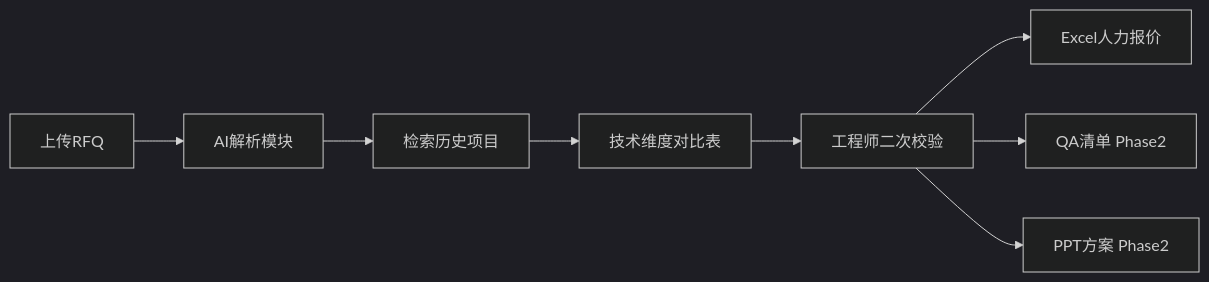
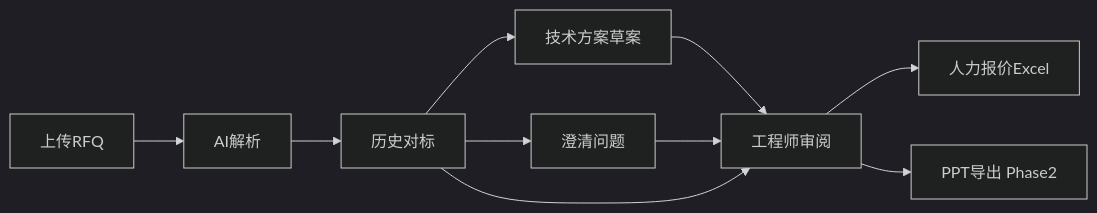
One commit to adle129/aria changed the diagram in docs/proposal.md. Above: the diagram before and after it, drawn with Mermaid (dark theme). The commit also changed other lines of this file and 86 other files, not shown here.

First line of the commit message:
feat: add framework Demo workflow with RFQ, RAG, proposal/QA stubs, and Excel export

````diff
--- a/docs/proposal.md
+++ b/docs/proposal.md
@@ -52,10 +52,12 @@
 ```mermaid
 flowchart LR
-    RFQ[上传RFQ] --> Parse[AI解析模块]
-    Parse --> RAG[检索历史项目]
-    RAG --> Compare[技术维度对比表]
-    Compare --> Review[工程师二次校验]
-    Review --> Excel[Excel人力报价]
-    Review --> QA[QA清单 Phase2]
-    Review --> PPT[PPT方案 Phase2]
+    RFQ[上传RFQ] --> Parse[AI解析]
+    Parse --> Compare[历史对标]
+    Compare --> Proposal[技术方案草案]
+    Compare --> QA[澄清问题]
+    Proposal --> Review[工程师审阅]
+    QA --> Review
+    Compare --> Review
+    Review --> Excel[人力报价Excel]
+    Review --> PPT[PPT导出 Phase2]
 ```
````
